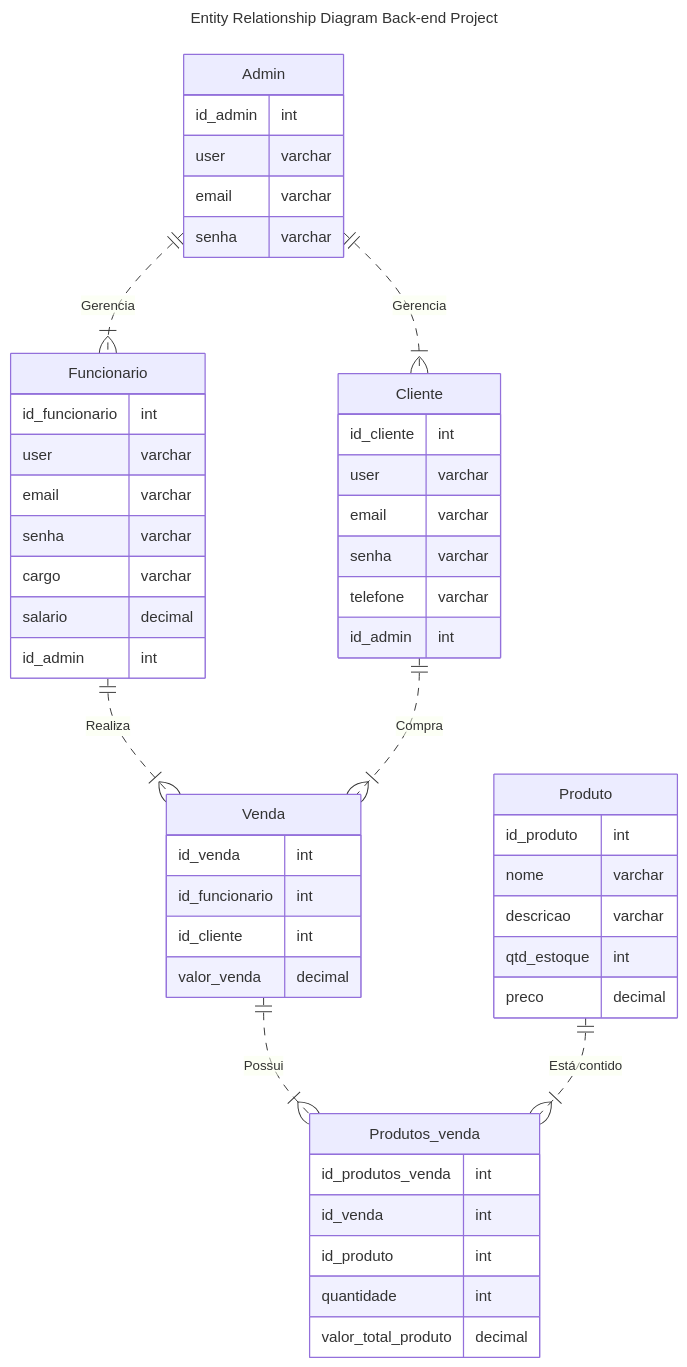
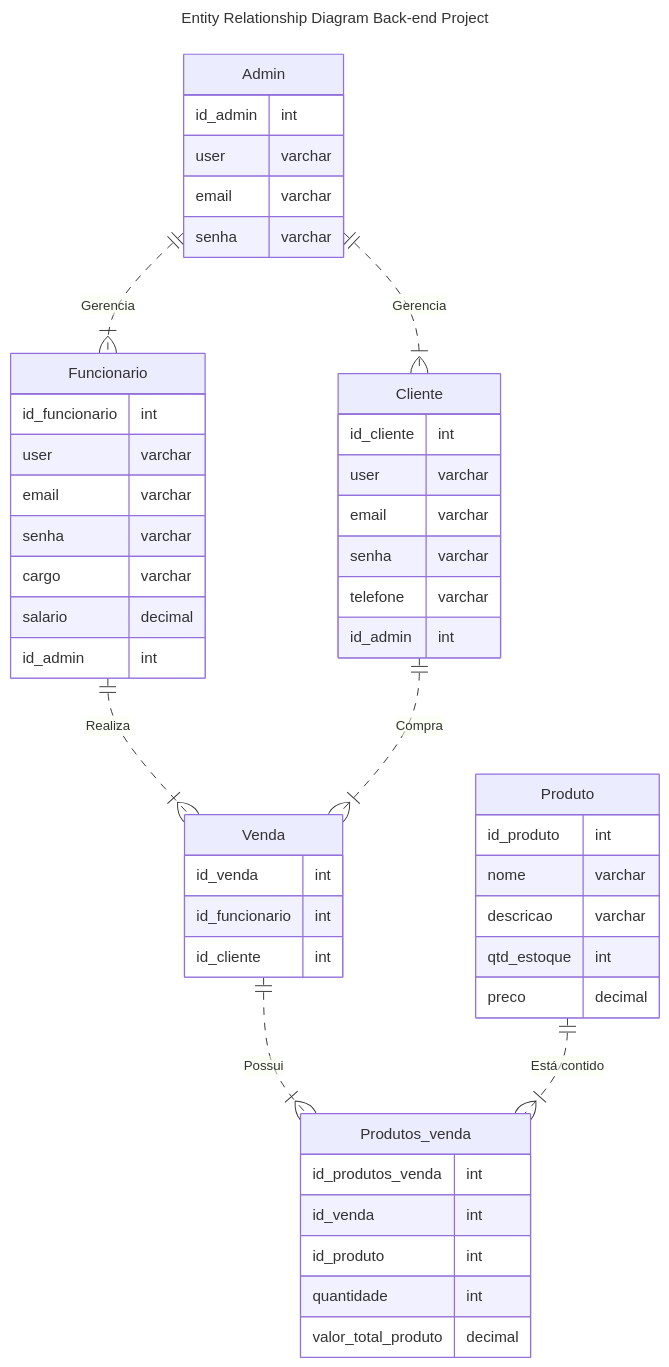
Before and after one commit to Serg-Ale/projeto-backend: the diagram in diagrams/DER.mmd, drawn with Mermaid.

Commit message:
correçao no diagrama

```diff
--- a/diagrams/DER.mmd
+++ b/diagrams/DER.mmd
@@ -1,59 +1,58 @@
 ---
 title: Entity Relationship Diagram Back-end Project
 ---
 erDiagram
     Cliente {
       id_cliente int
       user varchar
       email varchar
       senha varchar
       telefone varchar
       id_admin int
     }
 
     Funcionario {
       id_funcionario int
       user varchar
       email varchar
       senha varchar
       cargo varchar
       salario decimal
       id_admin int
     }
 
     Venda {
       id_venda int
       id_funcionario int
       id_cliente int
-      valor_venda decimal
     }
 
     Admin {
       id_admin int
       user varchar
       email varchar
       senha varchar
     }
 
     Produto {
       id_produto int
       nome varchar 
       descricao varchar
       qtd_estoque int
       preco decimal 
     }
 
     Produtos_venda{
       id_produtos_venda int
       id_venda int
       id_produto int
       quantidade int
       valor_total_produto decimal
     }
 
     Admin ||..|{ Funcionario : "Gerencia"
     Admin ||..|{ Cliente : "Gerencia"
     Funcionario ||..|{ Venda: "Realiza"
     Cliente||..|{ Venda: "Compra"
     Venda||..|{ Produtos_venda: "Possui"
     Produto||..|{ Produtos_venda: "Está contido"
```
